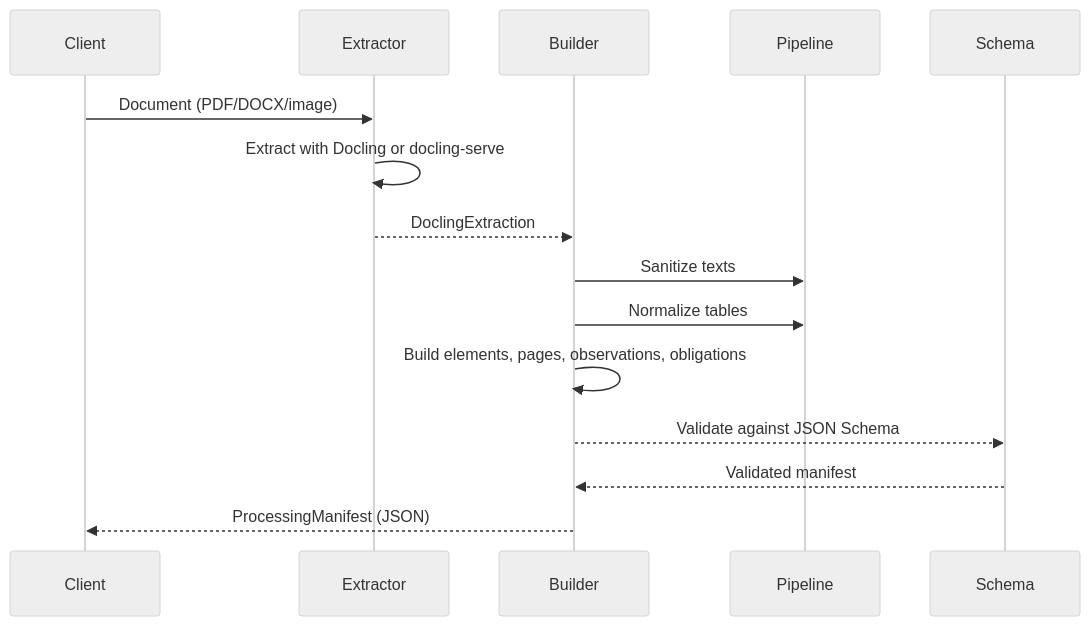
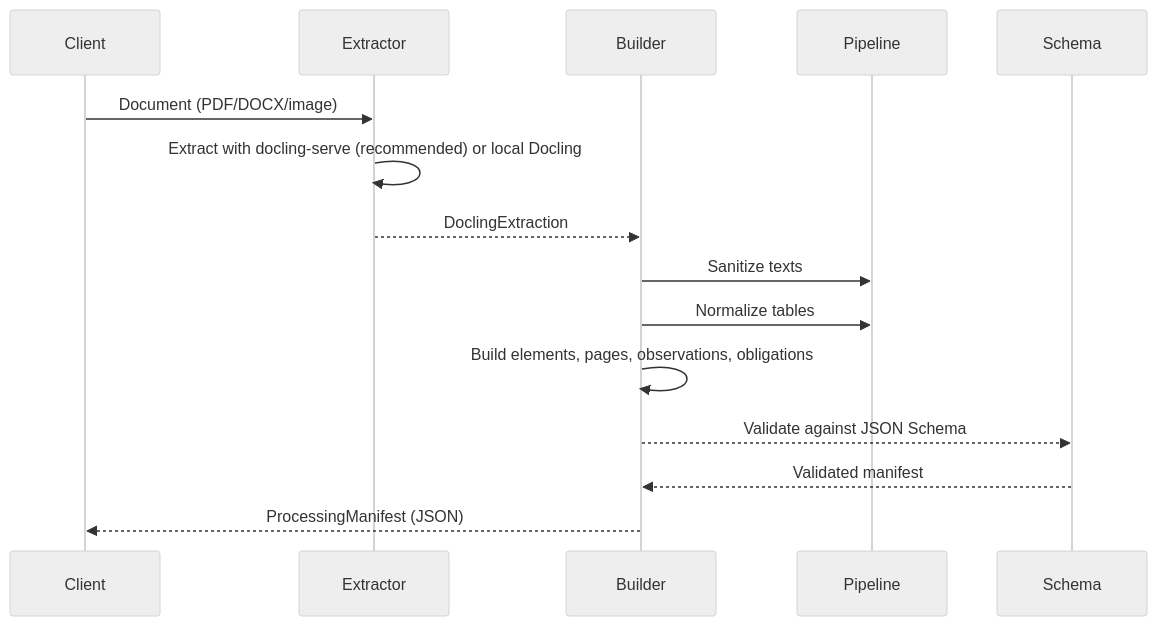
The second of 2 diagrams in docs/architecture.md (A11yDevs/acessilia-structure-extractor), drawn with Mermaid (neutral theme) before and after one commit. The commit also changed other lines of this file and 22 other files, not shown here.

````diff
--- a/docs/architecture.md
+++ b/docs/architecture.md
@@ -131,18 +131,18 @@
 ```mermaid
 sequenceDiagram
     participant C as Client
     participant E as Extractor
     participant B as Builder
     participant P as Pipeline
     participant S as Schema
 
     C->>E: Document (PDF/DOCX/image)
-    E->>E: Extract with Docling or docling-serve
+    E->>E: Extract with docling-serve (recommended) or local Docling
     E-->>B: DoclingExtraction
     B->>P: Sanitize texts
     B->>P: Normalize tables
     B->>B: Build elements, pages, observations, obligations
     B-->>S: Validate against JSON Schema
     S-->>B: Validated manifest
     B-->>C: ProcessingManifest (JSON)
 ```
````
